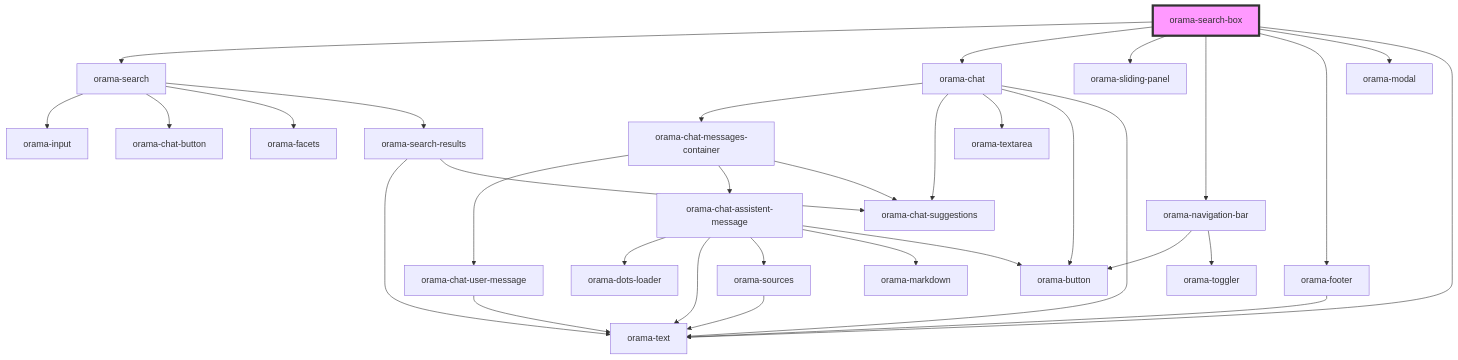
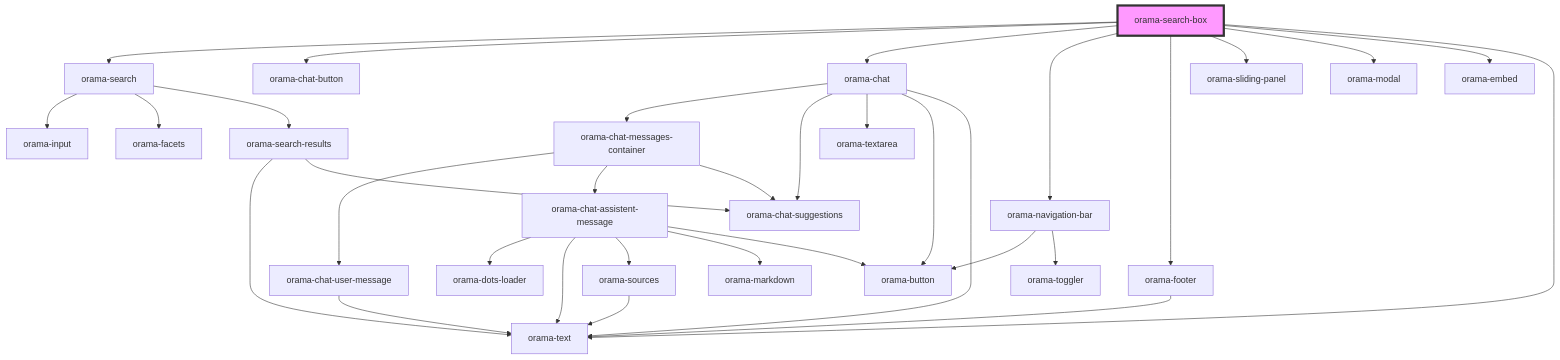
The diagram in packages/ui-stencil/src/components/orama-search-box/readme.md (askorama/orama-ui-components), drawn with Mermaid before and after one commit. The commit also changed other lines of this file and 37 other files, not shown here.

````diff
--- a/packages/ui-stencil/src/components/orama-search-box/readme.md
+++ b/packages/ui-stencil/src/components/orama-search-box/readme.md
@@ -48,35 +52,36 @@
 ```mermaid
 graph TD;
   orama-search-box --> orama-search
+  orama-search-box --> orama-chat-button
   orama-search-box --> orama-chat
-  orama-search-box --> orama-sliding-panel
   orama-search-box --> orama-navigation-bar
   orama-search-box --> orama-footer
+  orama-search-box --> orama-sliding-panel
   orama-search-box --> orama-modal
+  orama-search-box --> orama-embed
   orama-search-box --> orama-text
   orama-search --> orama-input
-  orama-search --> orama-chat-button
   orama-search --> orama-facets
   orama-search --> orama-search-results
   orama-search-results --> orama-text
   orama-search-results --> orama-chat-suggestions
   orama-chat --> orama-chat-messages-container
   orama-chat --> orama-chat-suggestions
   orama-chat --> orama-textarea
   orama-chat --> orama-button
   orama-chat --> orama-text
   orama-chat-messages-container --> orama-chat-user-message
   orama-chat-messages-container --> orama-chat-assistent-message
   orama-chat-messages-container --> orama-chat-suggestions
   orama-chat-user-message --> orama-text
   orama-chat-assistent-message --> orama-dots-loader
   orama-chat-assistent-message --> orama-text
   orama-chat-assistent-message --> orama-sources
   orama-chat-assistent-message --> orama-markdown
   orama-chat-assistent-message --> orama-button
   orama-sources --> orama-text
   orama-navigation-bar --> orama-button
   orama-navigation-bar --> orama-toggler
   orama-footer --> orama-text
   style orama-search-box fill:#f9f,stroke:#333,stroke-width:4px
 ```
````
